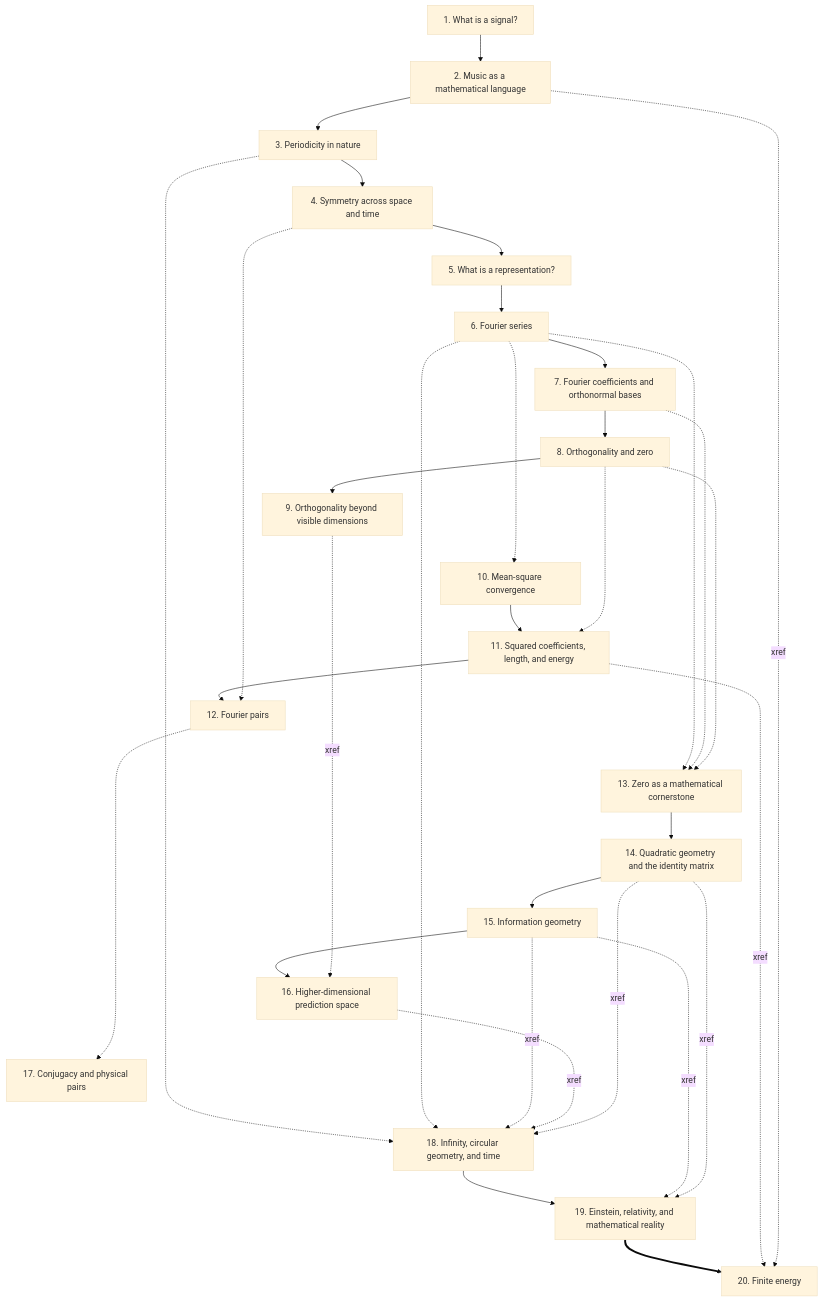
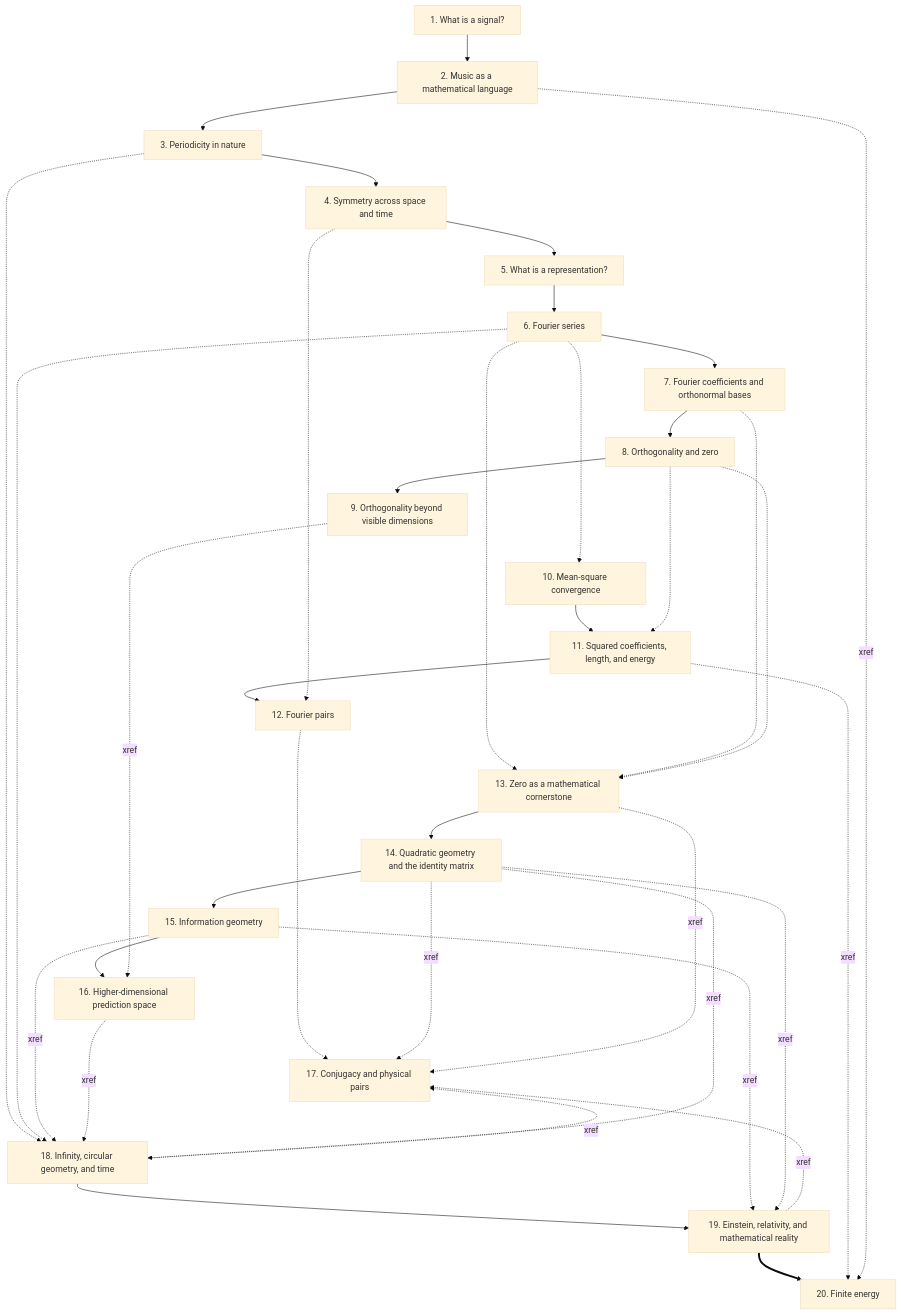
Before and after one commit to nadiapriyam/ENERGEO: the first of 12 diagrams in research/canonical_story.md, drawn with Mermaid (base theme). The commit also changed other lines of this file and 28 other files, not shown here.

````diff
--- a/research/canonical_story.md
+++ b/research/canonical_story.md
@@ -72,59 +72,63 @@
 ```mermaid
 flowchart TD
   M1["1. What is a signal?"]
   M2["2. Music as a mathematical language"]
   M3["3. Periodicity in nature"]
   M4["4. Symmetry across space and time"]
   M5["5. What is a representation?"]
   M6["6. Fourier series"]
   M7["7. Fourier coefficients and orthonormal bases"]
   M8["8. Orthogonality and zero"]
   M9["9. Orthogonality beyond visible dimensions"]
   M10["10. Mean-square convergence"]
   M11["11. Squared coefficients, length, and energy"]
   M12["12. Fourier pairs"]
   M13["13. Zero as a mathematical cornerstone"]
   M14["14. Quadratic geometry and the identity matrix"]
   M15["15. Information geometry"]
   M16["16. Higher-dimensional prediction space"]
   M17["17. Conjugacy and physical pairs"]
   M18["18. Infinity, circular geometry, and time"]
   M19["19. Einstein, relativity, and mathematical reality"]
   M20["20. Finite energy"]
   M1 --> M2
   M2 --> M3
   M3 --> M4
   M4 --> M5
   M5 --> M6
   M6 --> M7
   M7 --> M8
   M8 --> M9
   M9 ~~~ M10
   M10 --> M11
   M11 --> M12
   M12 ~~~ M13
   M13 --> M14
   M14 --> M15
   M15 --> M16
   M16 ~~~ M17
   M17 ~~~ M18
   M18 --> M19
   M19 ==> M20
   M6 -.-> M10
   M8 -.-> M11
   M6 -.-> M13
   M7 -.-> M13
   M8 -.-> M13
   M4 -.-> M12
   M12 -.-> M17
   M3 -.-> M18
   M6 -.-> M18
   M15 -. xref .-> M18
   M16 -. xref .-> M18
   M15 -. xref .-> M19
   M9 -. xref .-> M16
   M14 -. xref .-> M18
   M14 -. xref .-> M19
   M11 -. xref .-> M20
   M2 -. xref .-> M20
+  M14 -. xref .-> M17
+  M19 -. xref .-> M17
+  M18 -. xref .-> M17
+  M13 -. xref .-> M17
 ```
````
